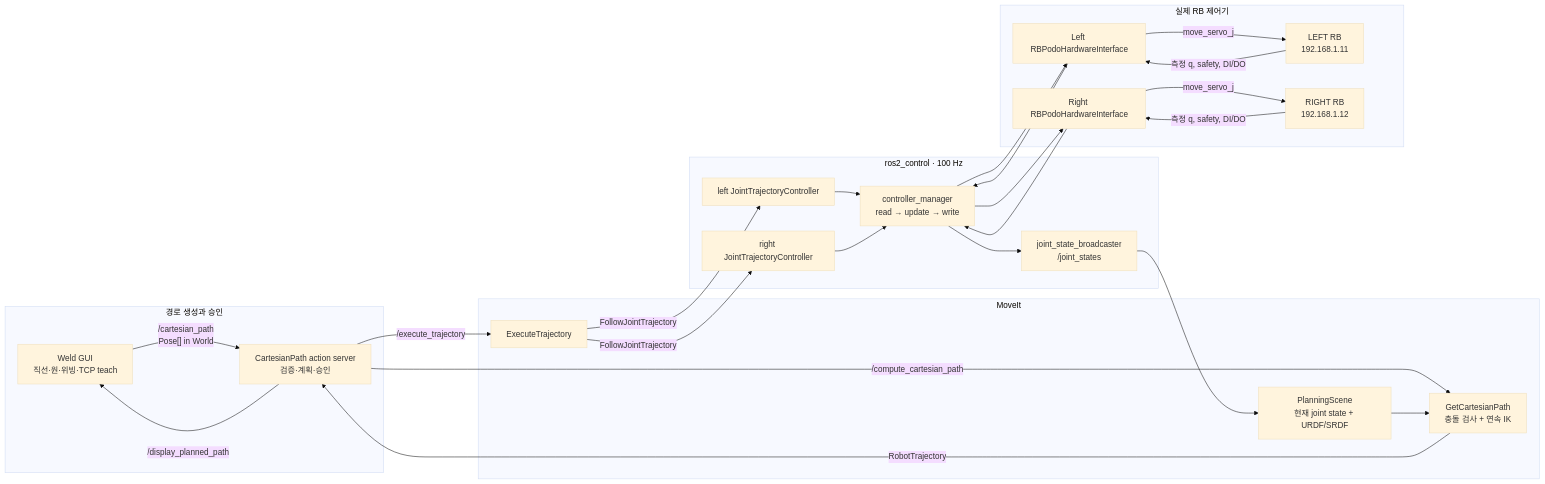
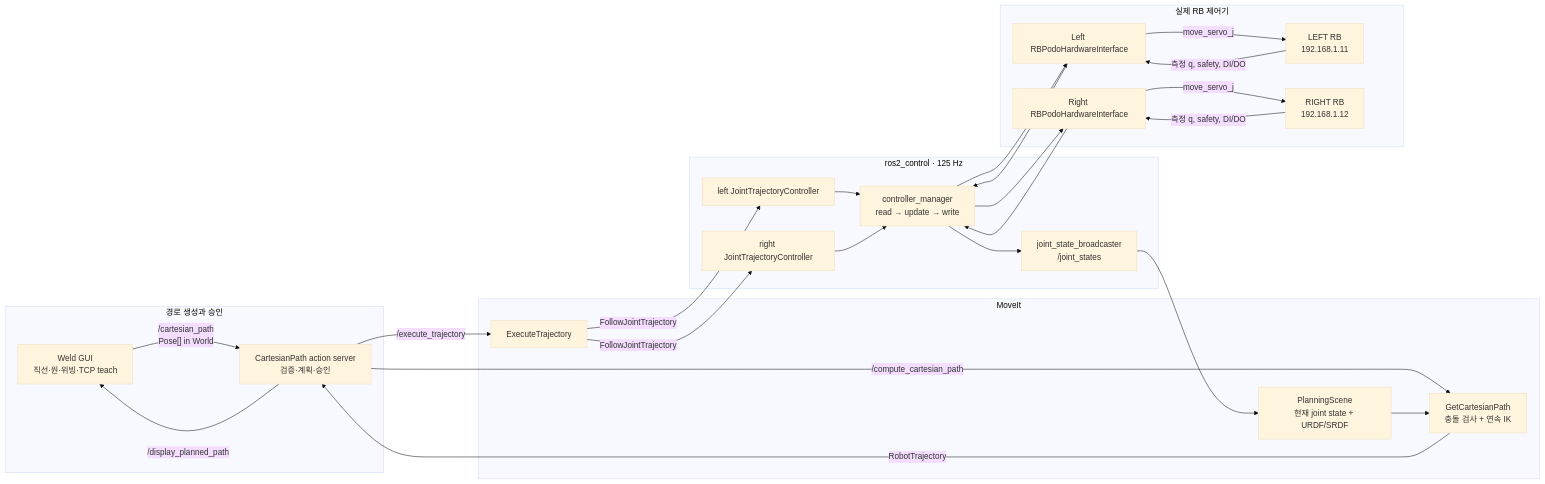
Before and after one commit to songwookim/202607_kiro_construction_robotics: the first of 3 diagrams in docs/MOTION_MATH_AND_CONTROL_FLOW.md, drawn with Mermaid (base theme). The commit also changed other lines of this file and 1518 other files, not shown here.

````diff
--- a/docs/MOTION_MATH_AND_CONTROL_FLOW.md
+++ b/docs/MOTION_MATH_AND_CONTROL_FLOW.md
@@ -9,48 +9,48 @@
 ```mermaid
 flowchart LR
   subgraph APP[경로 생성과 승인]
     GUI["Weld GUI<br/>직선·원·위빙·TCP teach"]
     AS["CartesianPath action server<br/>검증·계획·승인"]
   end
 
   subgraph MOVEIT[MoveIt]
     PS["PlanningScene<br/>현재 joint state + URDF/SRDF"]
     CP["GetCartesianPath<br/>충돌 검사 + 연속 IK"]
     EX["ExecuteTrajectory"]
   end
 
-  subgraph CTRL[ros2_control · 100 Hz]
+  subgraph CTRL[ros2_control · 125 Hz]
     LC["left JointTrajectoryController"]
     RC["right JointTrajectoryController"]
     CM["controller_manager<br/>read → update → write"]
     JS["joint_state_broadcaster<br/>/joint_states"]
   end
 
   subgraph HW[실제 RB 제어기]
     LH["Left RBPodoHardwareInterface"]
     RH["Right RBPodoHardwareInterface"]
     LRB["LEFT RB<br/>192.168.1.11"]
     RRB["RIGHT RB<br/>192.168.1.12"]
   end
 
   GUI -->|"/cartesian_path<br/>Pose[] in World"| AS
   AS -->|"/compute_cartesian_path"| CP
   PS --> CP
   CP -->|"RobotTrajectory"| AS
   AS -->|"/display_planned_path"| GUI
   AS -->|"/execute_trajectory"| EX
   EX -->|"FollowJointTrajectory"| LC
   EX -->|"FollowJointTrajectory"| RC
   LC --> CM
   RC --> CM
   CM --> LH
   CM --> RH
   LH -->|"move_servo_j"| LRB
   RH -->|"move_servo_j"| RRB
   LRB -->|"측정 q, safety, DI/DO"| LH
   RRB -->|"측정 q, safety, DI/DO"| RH
   LH --> CM
   RH --> CM
   CM --> JS
   JS --> PS
 ```
````
